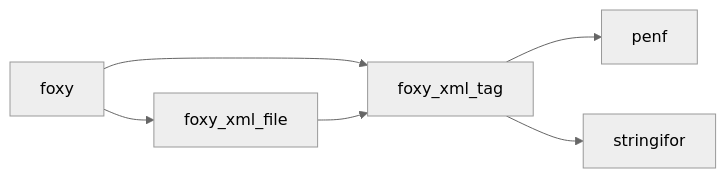
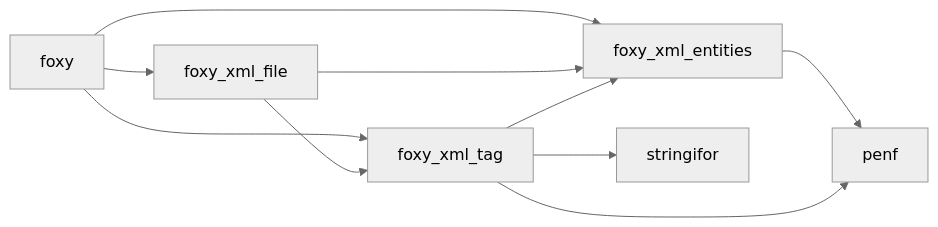
Before and after one commit to Fortran-FOSS-Programmers/FoXy: the diagram in docs/guide/api-reference.md, drawn with Mermaid (neutral theme). The commit also changed other lines of this file and 8 other files, not shown here.

````diff
--- a/docs/guide/api-reference.md
+++ b/docs/guide/api-reference.md
@@ -16,8 +16,12 @@
 ```mermaid
 graph LR
   foxy["foxy"] --> foxy_xml_file["foxy_xml_file"]
   foxy["foxy"] --> foxy_xml_tag["foxy_xml_tag"]
+  foxy["foxy"] --> foxy_xml_entities["foxy_xml_entities"]
   foxy_xml_file["foxy_xml_file"] --> foxy_xml_tag["foxy_xml_tag"]
+  foxy_xml_file["foxy_xml_file"] --> foxy_xml_entities["foxy_xml_entities"]
+  foxy_xml_tag["foxy_xml_tag"] --> foxy_xml_entities["foxy_xml_entities"]
+  foxy_xml_entities["foxy_xml_entities"] --> penf["penf"]
   foxy_xml_tag["foxy_xml_tag"] --> penf["penf"]
   foxy_xml_tag["foxy_xml_tag"] --> stringifor["stringifor"]
 ```
````
